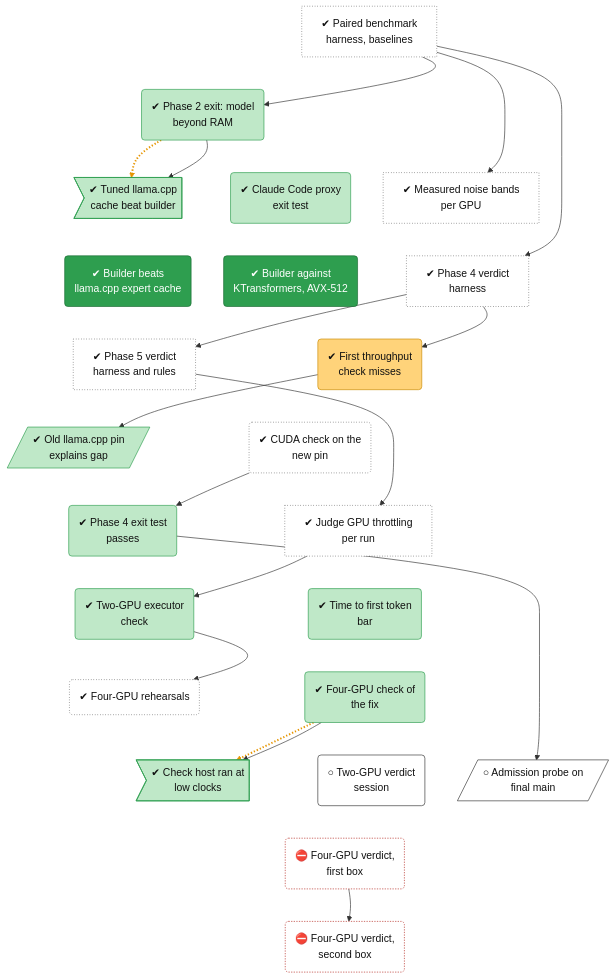
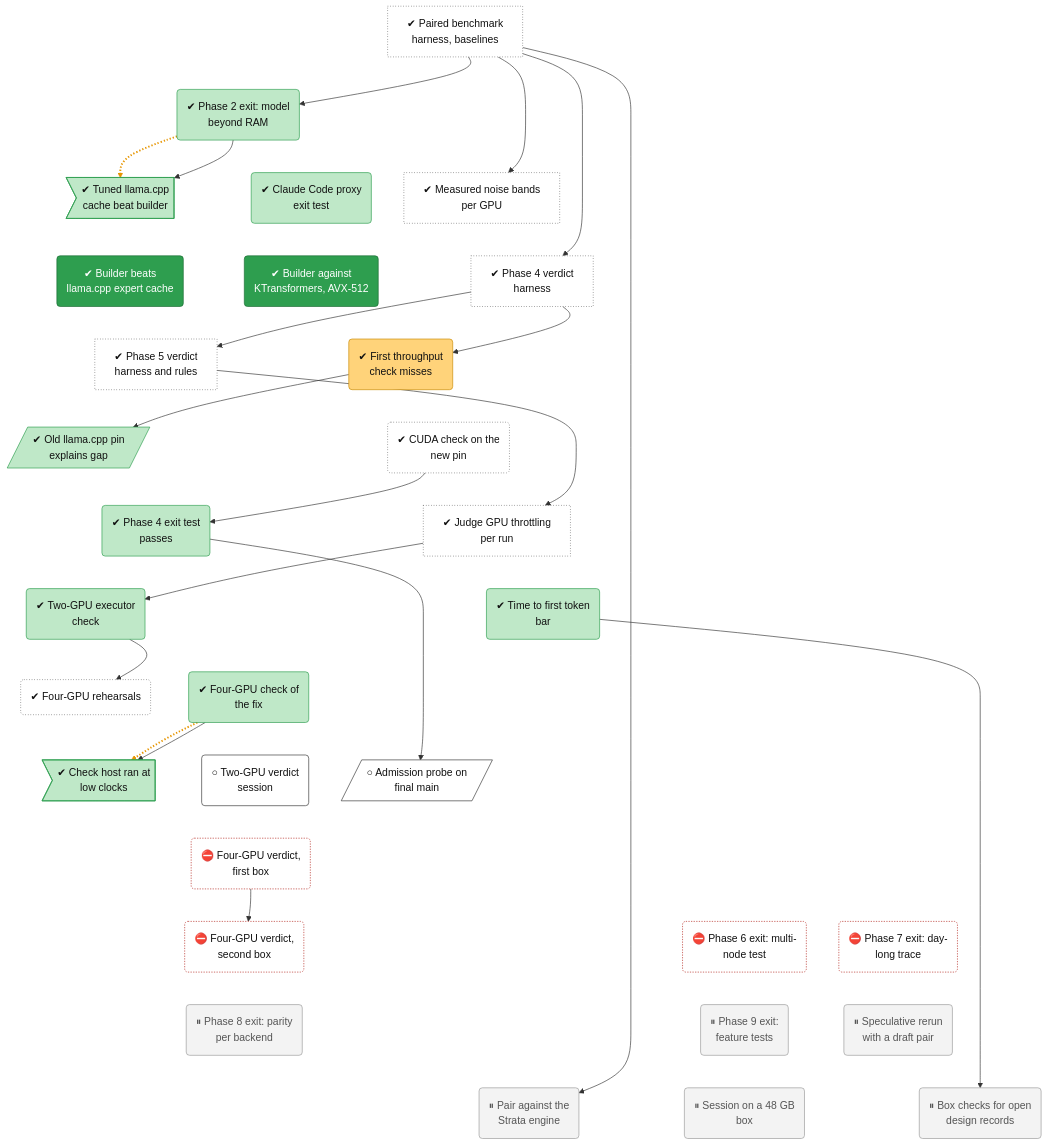
The diagram in docs/roadmap/tracks/bench.md (lhns/tetraeder), drawn with Mermaid before and after one commit. The commit also changed other lines of this file and 12 other files, not shown here.

Commit message:
Roadmap: forward nodes for every unbuilt planned item (phases 6 to 9, parked Phase 2 to 5 items, Track B, D1), cluster track, box-later and cluster lanes

````diff
--- a/docs/roadmap/tracks/bench.md
+++ b/docs/roadmap/tracks/bench.md
@@ -32,6 +32,14 @@
     bench_d2a_probe[/"○ Admission probe on<br/>final main"/]
     bench_v4a_verdict("⛔ Four-GPU verdict,<br/>first box")
     bench_v4b_verdict("⛔ Four-GPU verdict,<br/>second box")
+    bench_phase6_exit("⛔ Phase 6 exit: multi-<br/>node test")
+    bench_phase7_exit("⛔ Phase 7 exit: day-<br/>long trace")
+    bench_phase8_exit("⏸ Phase 8 exit: parity<br/>per backend")
+    bench_phase9_exit("⏸ Phase 9 exit:<br/>feature tests")
+    bench_spec_rerun("⏸ Speculative rerun<br/>with a draft pair")
+    bench_strata_pairing("⏸ Pair against the<br/>Strata engine")
+    bench_d1_session("⏸ Session on a 48 GB<br/>box")
+    bench_open_records("⏸ Box checks for open<br/>design records")
     bench_harness ~~~ bench_phase2_exit
     bench_phase2_exit ~~~ bench_defect_tuned_cache
     bench_phase2_exit ~~~ bench_phase3b_proxy
@@ -57,6 +65,14 @@
     bench_v2_verdict ~~~ bench_v4a_verdict
     bench_d2a_probe ~~~ bench_v4a_verdict
     bench_v4a_verdict ~~~ bench_v4b_verdict
+    bench_v4a_verdict ~~~ bench_phase6_exit
+    bench_v4a_verdict ~~~ bench_phase7_exit
+    bench_v4b_verdict ~~~ bench_phase8_exit
+    bench_phase6_exit ~~~ bench_phase9_exit
+    bench_phase7_exit ~~~ bench_spec_rerun
+    bench_phase8_exit ~~~ bench_strata_pairing
+    bench_phase9_exit ~~~ bench_d1_session
+    bench_spec_rerun ~~~ bench_open_records
     bench_harness --> bench_phase2_exit
     bench_phase2_exit -.-> bench_defect_tuned_cache
     bench_phase2_exit --> bench_defect_tuned_cache
@@ -73,7 +89,9 @@
     bench_s3f2 --> bench_defect_s3f2_clock
     bench_phase4_exit --> bench_d2a_probe
     bench_v4a_verdict --> bench_v4b_verdict
-    linkStyle 26,37 stroke:#e69500,stroke-width:3px,stroke-dasharray:2 3
+    bench_harness --> bench_strata_pairing
+    bench_ttft --> bench_open_records
+    linkStyle 34,45 stroke:#e69500,stroke-width:3px,stroke-dasharray:2 3
     classDef vsucc fill:#2e9e4f,stroke:#1b6b34,color:#fff
     classDef succ fill:#bfe8c8,stroke:#2e9e4f,color:#111
     classDef mixed fill:#ffd37a,stroke:#c98a00,color:#111
@@ -93,5 +111,6 @@
     class bench_m1_point1,bench_m1_point3 vsucc
     class bench_d2a_rerun mixed
     class bench_v2_verdict,bench_d2a_probe next
-    class bench_v4a_verdict,bench_v4b_verdict blocked
+    class bench_v4a_verdict,bench_v4b_verdict,bench_phase6_exit,bench_phase7_exit blocked
+    class bench_phase8_exit,bench_phase9_exit,bench_spec_rerun,bench_strata_pairing,bench_d1_session,bench_open_records parked
 ```
````
